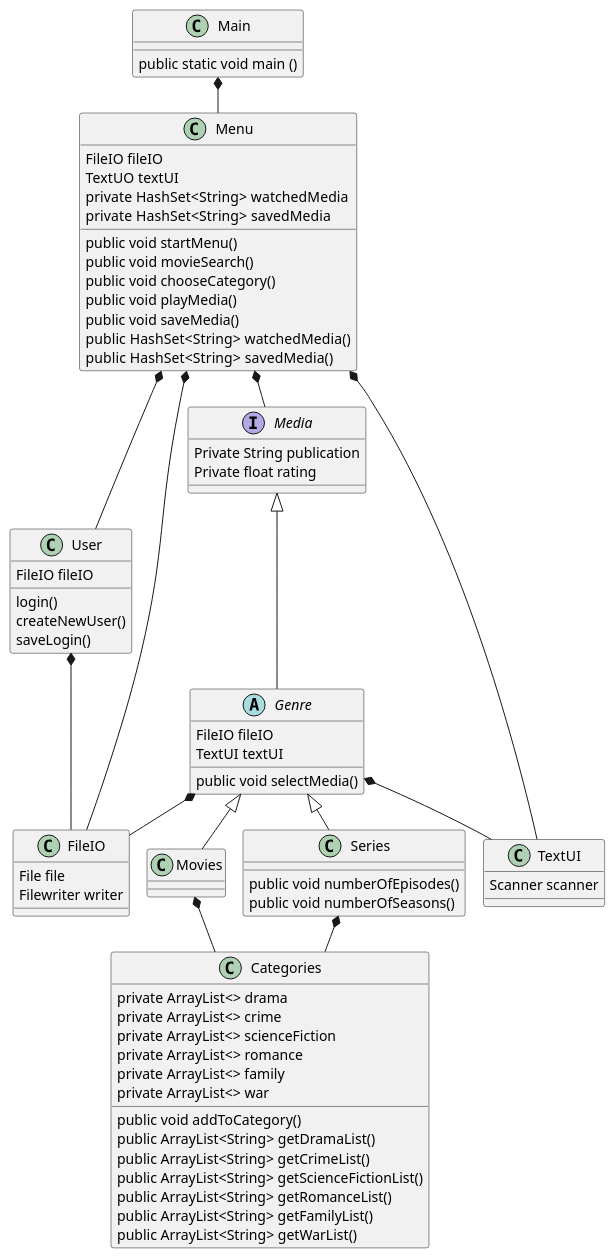
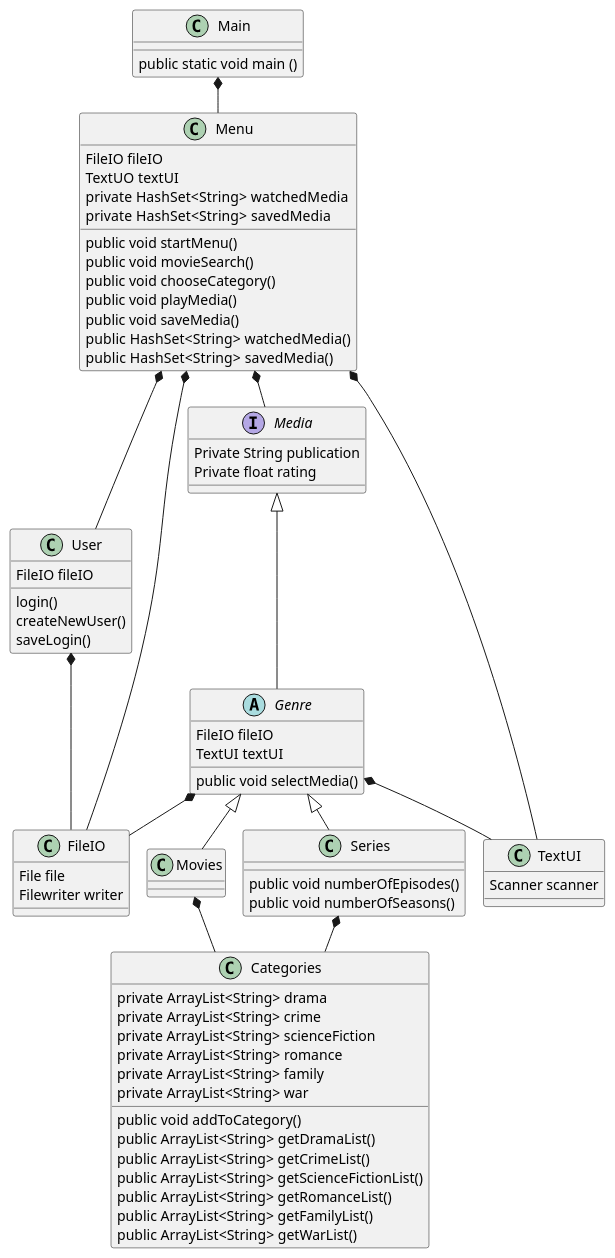
The diagram in .idea/Class.puml (MichellaBech/SP3), drawn with PlantUML before and after one commit.

```diff
--- a/.idea/Class.puml
+++ b/.idea/Class.puml
@@ -1,106 +1,106 @@
 @startuml
 'https://plantuml.com/class-diagram
 !pragma layout smetana
 
 interface FileIO
 class Movies
 class Series
 interface Media
 class TextUI
 class Categories
 class User
 class Menu
 class Main
 
 Abstract class Genre
 
 Media <|--- Genre
 Genre <|-- Movies
 Genre <|-- Series
 
 Main *-- Menu
 Movies *-- Categories
 Series *-- Categories
 Menu *-- User
 Menu *-- Media
 Menu *-- FileIO
 Menu *-- TextUI
 Genre *-- FileIO
 Genre *-- TextUI
 User *-- FileIO
 
 Abstract class Genre {
 FileIO fileIO
 TextUI textUI
 public void selectMedia()
 }
 
 class TextUI
 {
 Scanner scanner
 }
 
 class FileIO {
 File file
 Filewriter writer
 }
 
 class Main {
 public static void main ()
 }
 
 
 class Categories {
-private ArrayList<> drama
-private ArrayList<> crime
-private ArrayList<> scienceFiction
-private ArrayList<> romance
-private ArrayList<> family
-private ArrayList<> war
+private ArrayList<String> drama
+private ArrayList<String> crime
+private ArrayList<String> scienceFiction
+private ArrayList<String> romance
+private ArrayList<String> family
+private ArrayList<String> war
 
 public void addToCategory()
 public ArrayList<String> getDramaList()
 public ArrayList<String> getCrimeList()
 public ArrayList<String> getScienceFictionList()
 public ArrayList<String> getRomanceList()
 public ArrayList<String> getFamilyList()
 public ArrayList<String> getWarList()
 }
 
 Interface Media {
 Private String publication
 Private float rating
 }
 
 class Movies{
 
 }
 
 class Series {
 public void numberOfEpisodes()
 public void numberOfSeasons()
 }
 
 class User{
 FileIO fileIO
 login()
 createNewUser()
 saveLogin()
 }
 
 class Menu {
 FileIO fileIO
 TextUO textUI
 private  HashSet<String> watchedMedia
 private  HashSet<String> savedMedia
 public void startMenu()
 public void movieSearch()
 public void chooseCategory()
 public void playMedia()
 public void saveMedia()
 public  HashSet<String> watchedMedia()
 public  HashSet<String> savedMedia()
 }
 
 
 @enduml
```
